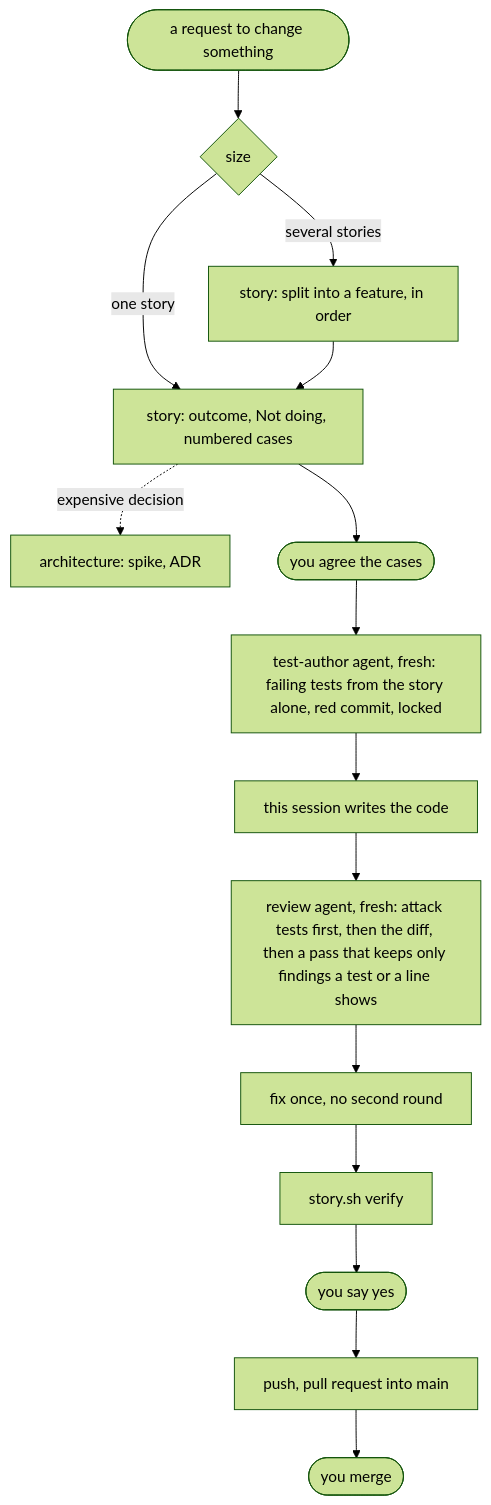
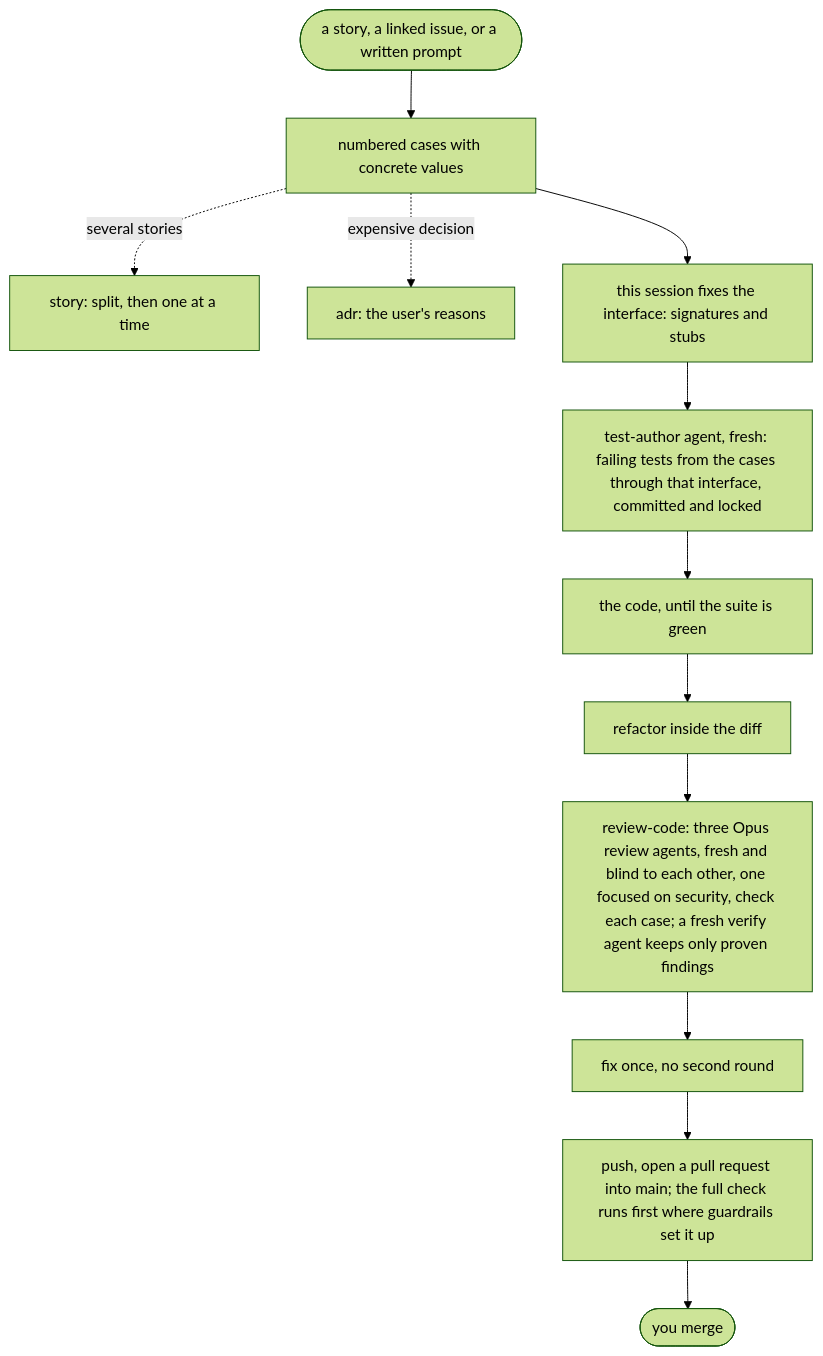
One commit to DaveBben/skills changed the diagram in plugins/SDLC/README.md. Above: the diagram before and after it, drawn with Mermaid (forest theme). The commit also changed other lines of this file and 62 other files, not shown here.

````diff
--- a/plugins/SDLC/README.md
+++ b/plugins/SDLC/README.md
@@ -19,16 +21,14 @@
 ```mermaid
 flowchart TD
-    REQ([a request to change something]) --> SZ{size}
-    SZ -- several stories --> SP[story: split into a feature, in order]
-    SZ -- one story --> ST[story: outcome, Not doing, numbered cases]
-    SP --> ST
-    ST -. expensive decision .-> ARC[architecture: spike, ADR]
-    ST --> GO([you agree the cases])
-    GO --> TA[test-author agent, fresh: failing tests from the story alone, red commit, locked]
-    TA --> BLD[this session writes the code]
-    BLD --> REV[review agent, fresh: attack tests first, then the diff, then a pass that keeps only findings a test or a line shows]
+    REQ([a story, a linked issue, or a written prompt]) --> CASES[numbered cases with concrete values]
+    CASES -. several stories .-> SP[story: split, then one at a time]
+    CASES -. expensive decision .-> ARC[adr: the user's reasons]
+    CASES --> IF[this session fixes the interface: signatures and stubs]
+    IF --> RED[test-author agent, fresh: failing tests from the cases through that interface, committed and locked]
+    RED --> BLD[the code, until the suite is green]
+    BLD --> REF[refactor inside the diff]
+    REF --> REV[review-code: three Opus review agents, fresh and blind to each other, one focused on security, check each case; a fresh verify agent keeps only proven findings]
     REV --> FIX[fix once, no second round]
-    FIX --> VER[story.sh verify]
-    VER --> OK([you say yes]) --> PR[push, pull request into main]
+    FIX --> PR[push, open a pull request into main; the full check runs first where guardrails set it up]
     PR --> MRG([you merge])
 ```
````
